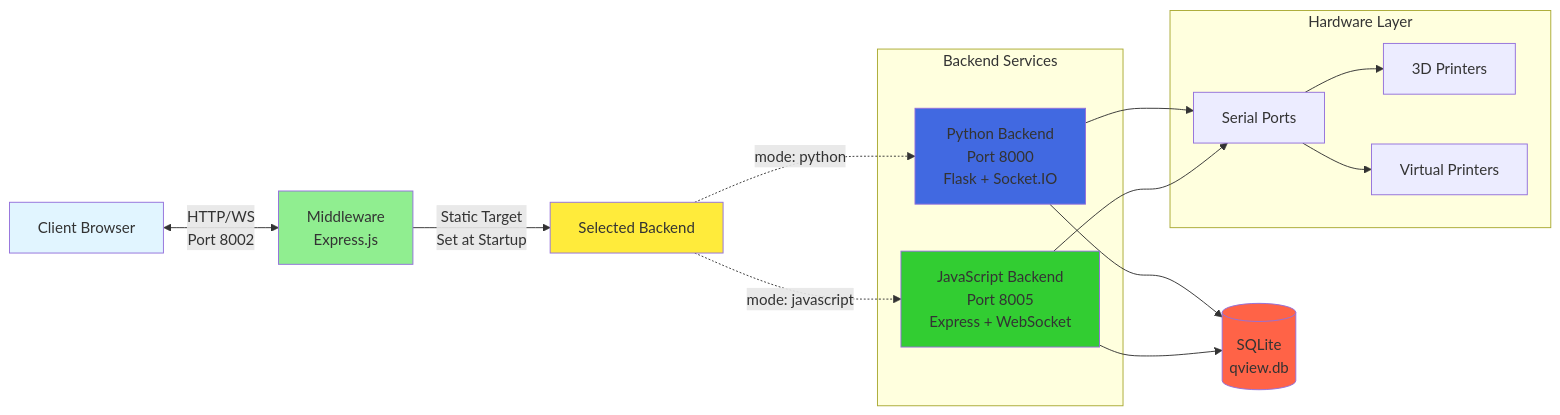
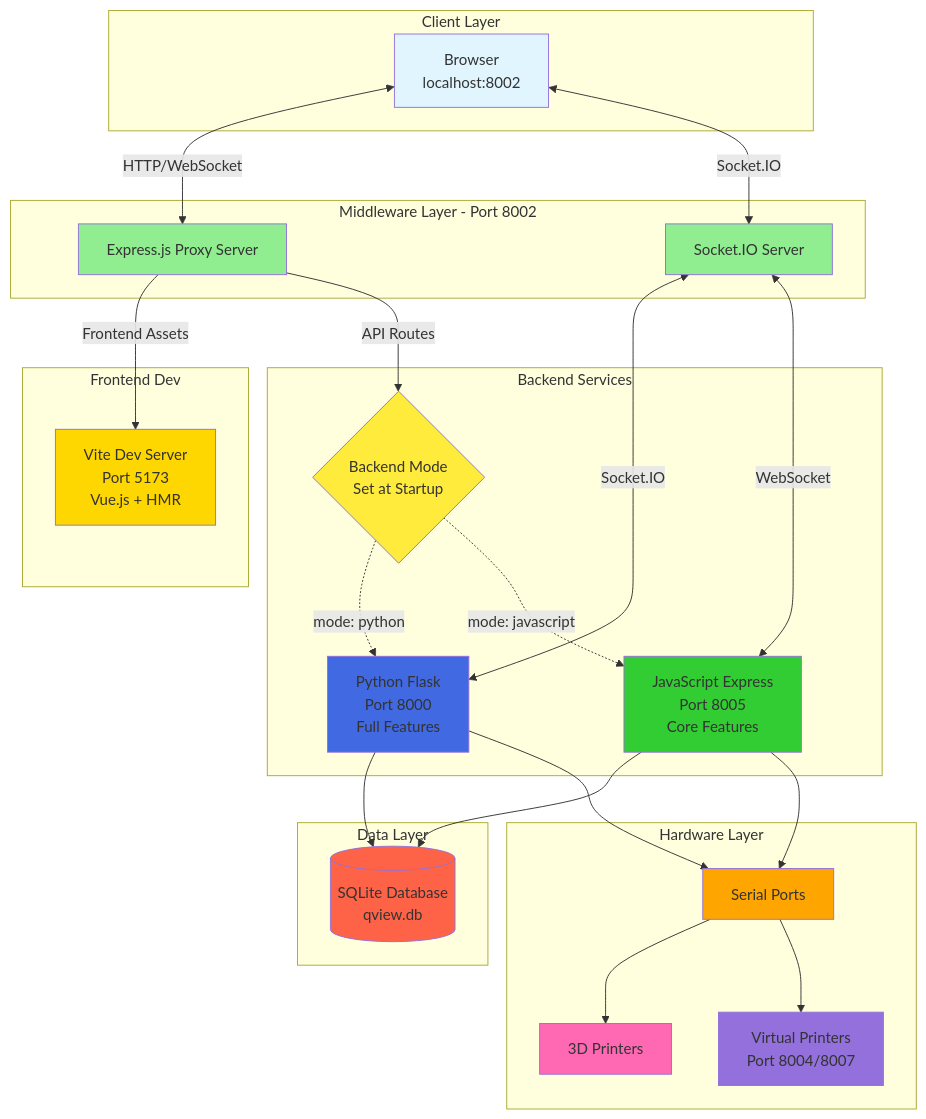
The first of 4 diagrams in middleware/README.md (sunyhydralab/QView3D), drawn with Mermaid before and after one commit. The commit also changed other lines of this file and 1 other file, not shown here.

Commit message:
docs: consolidate middleware documentation with mermaid diagrams

````diff
--- a/middleware/README.md
+++ b/middleware/README.md
@@ -24,34 +7,63 @@
 ```mermaid
-flowchart LR
-    Client[Client Browser] <-->|HTTP/WS<br/>Port 8002| MW[Middleware<br/>Express.js]
-
-    subgraph Backends[Backend Services]
-        Python[Python Backend<br/>Port 8000<br/>Flask + Socket.IO]
-        JS[JavaScript Backend<br/>Port 8005<br/>Express + WebSocket]
+flowchart TB
+    subgraph Client["Client Layer"]
+        Browser[Browser<br/>localhost:8002]
     end
 
-    MW -->|Static Target<br/>Set at Startup| Selected[Selected Backend]
-    Selected -.->|mode: python| Python
-    Selected -.->|mode: javascript| JS
+    subgraph Middleware["Middleware Layer - Port 8002"]
+        MW[Express.js Proxy Server]
+        MWSIO[Socket.IO Server]
+    end
 
-    Python --> DB[(SQLite<br/>qview.db)]
-    JS --> DB
+    subgraph Frontend["Frontend Dev"]
+        Vite[Vite Dev Server<br/>Port 5173<br/>Vue.js + HMR]
+    end
 
-    subgraph Hardware[Hardware Layer]
+    subgraph Backends["Backend Services"]
+        BackendChoice{Backend Mode<br/>Set at Startup}
+        Python[Python Flask<br/>Port 8000<br/>Full Features]
+        JS[JavaScript Express<br/>Port 8005<br/>Core Features]
+    end
+
+    subgraph Data["Data Layer"]
+        DB[(SQLite Database<br/>qview.db)]
+    end
+
+    subgraph Hardware["Hardware Layer"]
         Serial[Serial Ports]
         Printers[3D Printers]
-        Emulators[Virtual Printers]
+        Emulator[Virtual Printers<br/>Port 8004/8007]
     end
+
+    Browser <-->|HTTP/WebSocket| MW
+    MW -->|Frontend Assets| Vite
+    MW -->|API Routes| BackendChoice
+
+    BackendChoice -.->|mode: python| Python
+    BackendChoice -.->|mode: javascript| JS
+
+    Browser <-->|Socket.IO| MWSIO
+    MWSIO <-->|Socket.IO| Python
+    MWSIO <-->|WebSocket| JS
+
+    Python --> DB
+    JS --> DB
 
     Python --> Serial
     JS --> Serial
+
     Serial --> Printers
-    Serial --> Emulators
+    Serial --> Emulator
 
-    style Client fill:#e1f5ff
+    style Browser fill:#e1f5ff
     style MW fill:#90ee90
-    style Selected fill:#ffeb3b
+    style MWSIO fill:#90ee90
+    style Vite fill:#ffd700
+    style BackendChoice fill:#ffeb3b
     style Python fill:#4169e1
     style JS fill:#32cd32
     style DB fill:#ff6347
+    style Serial fill:#ffa500
+    style Printers fill:#ff69b4
+    style Emulator fill:#9370db
 ```
````
